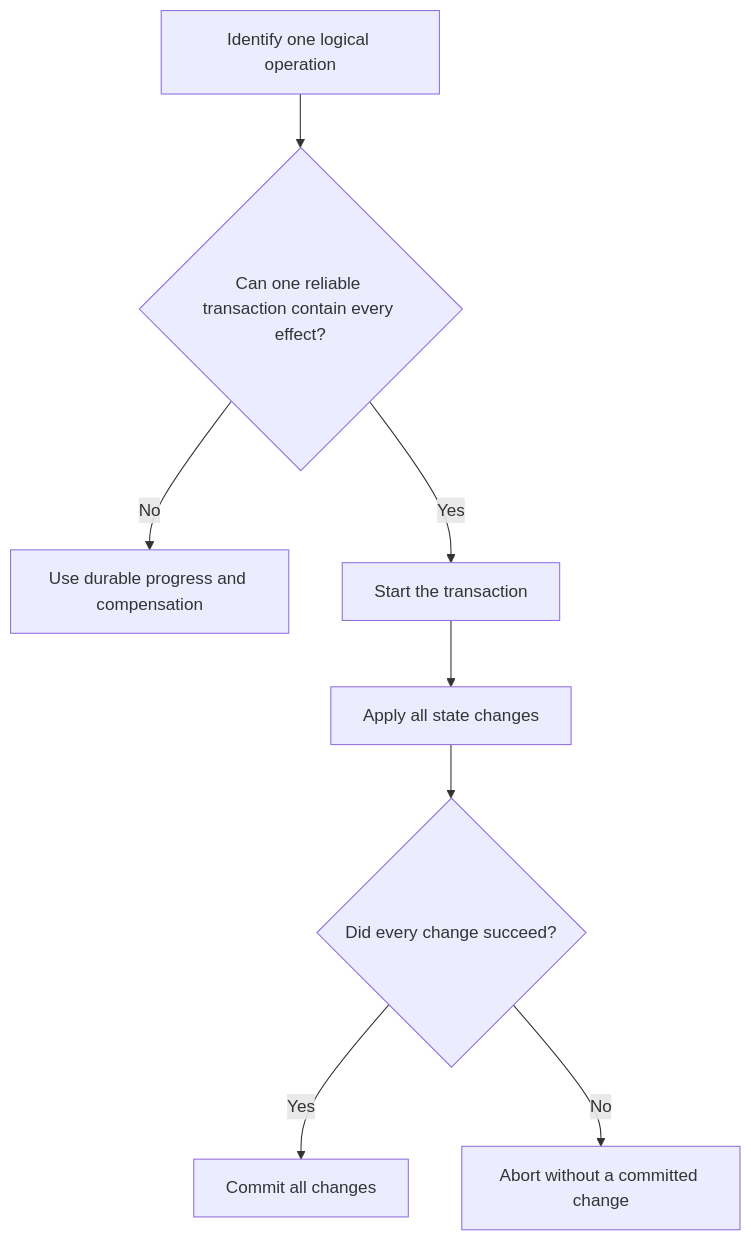
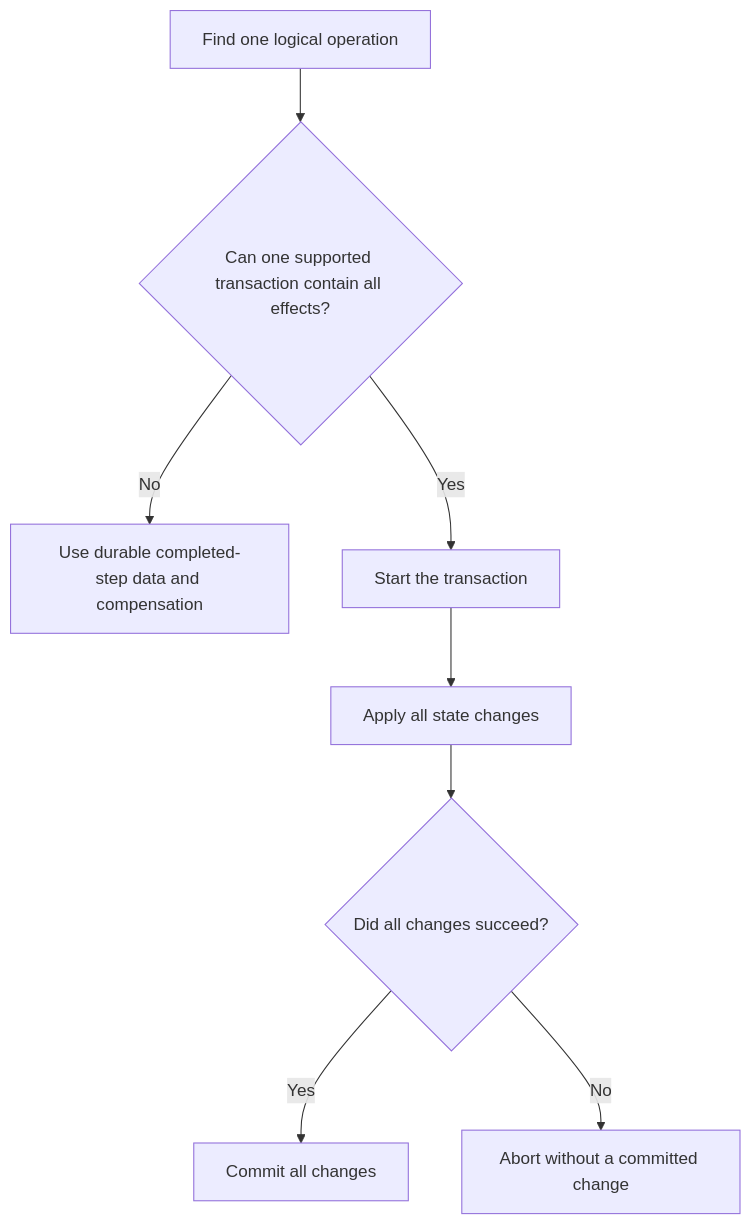
One commit to HomericIntelligence/Athena changed the diagram in docs/principles/details/p044-atomicity-where-possible.md. Above: the diagram before and after it, drawn with Mermaid. The commit also changed other lines of this file and 91 other files, not shown here.

````diff
--- a/docs/principles/details/p044-atomicity-where-possible.md
+++ b/docs/principles/details/p044-atomicity-where-possible.md
@@ -44,10 +45,10 @@
 ```mermaid
 flowchart TD
-    A["Identify one logical operation"] --> B{"Can one reliable transaction contain every effect?"}
-    B -- No --> C["Use durable progress and compensation"]
+    A["Find one logical operation"] --> B{"Can one supported transaction contain all effects?"}
+    B -- No --> C["Use durable completed-step data and compensation"]
     B -- Yes --> D["Start the transaction"]
     D --> E["Apply all state changes"]
-    E --> F{"Did every change succeed?"}
+    E --> F{"Did all changes succeed?"}
     F -- Yes --> G["Commit all changes"]
     F -- No --> H["Abort without a committed change"]
 ```
````
